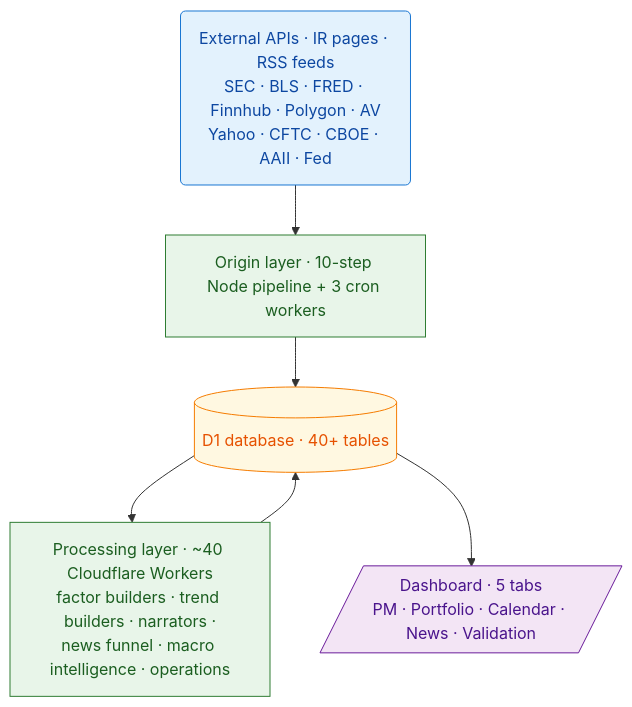
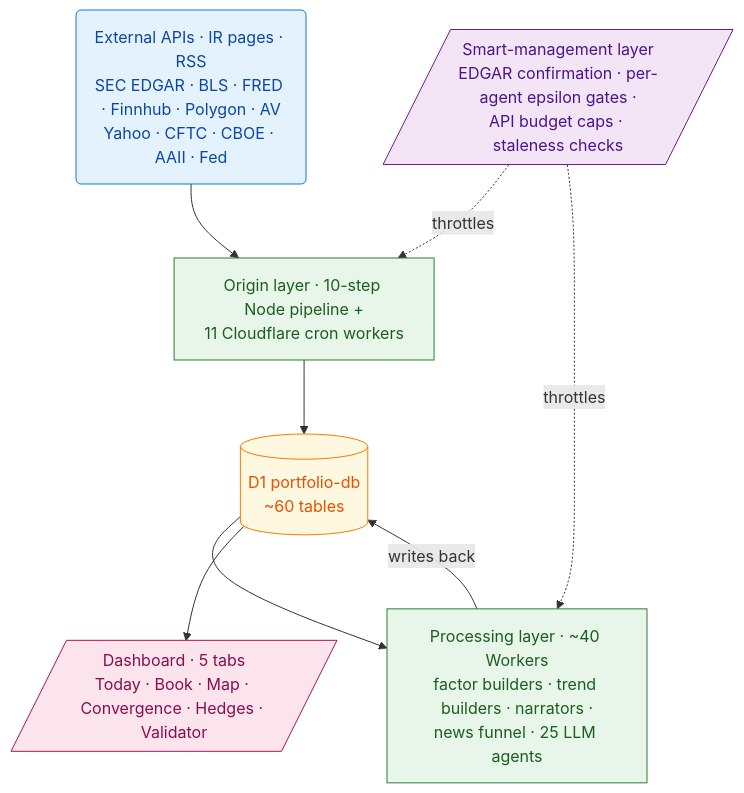
One commit to grodcas/Hedge-Portfolio changed the first of 6 diagrams in docs/SYSTEM_REFERENCE.md. Above: the diagram before and after it, drawn with Mermaid. The commit also changed other lines of this file and 29 other files, not shown here.

````diff
--- a/docs/SYSTEM_REFERENCE.md
+++ b/docs/SYSTEM_REFERENCE.md
@@ -51,16 +48,21 @@
 ```mermaid
 flowchart TD
-    EXT(External APIs · IR pages · RSS feeds<br/>SEC · BLS · FRED · Finnhub · Polygon · AV<br/>Yahoo · CFTC · CBOE · AAII · Fed):::src
-    ORI[Origin layer · 10-step Node pipeline + 3 cron workers]:::code
-    DB[(D1 database · 40+ tables)]:::db
-    PROC[Processing layer · ~40 Cloudflare Workers<br/>factor builders · trend builders · narrators ·<br/>news funnel · macro intelligence · operations]:::code
-    DASH[/Dashboard · 5 tabs<br/>PM · Portfolio · Calendar · News · Validation/]:::ui
+    EXT(External APIs · IR pages · RSS<br/>SEC EDGAR · BLS · FRED · Finnhub · Polygon · AV<br/>Yahoo · CFTC · CBOE · AAII · Fed):::src
+    ORI[Origin layer · 10-step Node pipeline +<br/>11 Cloudflare cron workers]:::code
+    DB[(D1 portfolio-db<br/>~60 tables)]:::db
+    PROC[Processing layer · ~40 Workers<br/>factor builders · trend builders · narrators ·<br/>news funnel · 25 LLM agents]:::code
+    GATES[/Smart-management layer<br/>EDGAR confirmation · per-agent epsilon gates ·<br/>API budget caps · staleness checks/]:::gate
+    DASH[/Dashboard · 5 tabs<br/>Today · Book · Map · Convergence · Hedges · Validator/]:::ui
 
-    EXT --> ORI --> DB --> PROC --> DB
+    EXT --> ORI --> DB --> PROC
+    PROC -->|"writes back"| DB
+    GATES -.->|"throttles"| ORI
+    GATES -.->|"throttles"| PROC
     DB --> DASH
 
     classDef src fill:#e3f2fd,stroke:#1976d2,color:#0d47a1
     classDef code fill:#e8f5e9,stroke:#2e7d32,color:#1b5e20
     classDef db fill:#fff8e1,stroke:#f57c00,color:#e65100
-    classDef ui fill:#f3e5f5,stroke:#6a1b9a,color:#4a148c
+    classDef gate fill:#f3e5f5,stroke:#6a1b9a,color:#4a148c
+    classDef ui fill:#fce4ec,stroke:#ad1457,color:#880e4f
 ```
````
